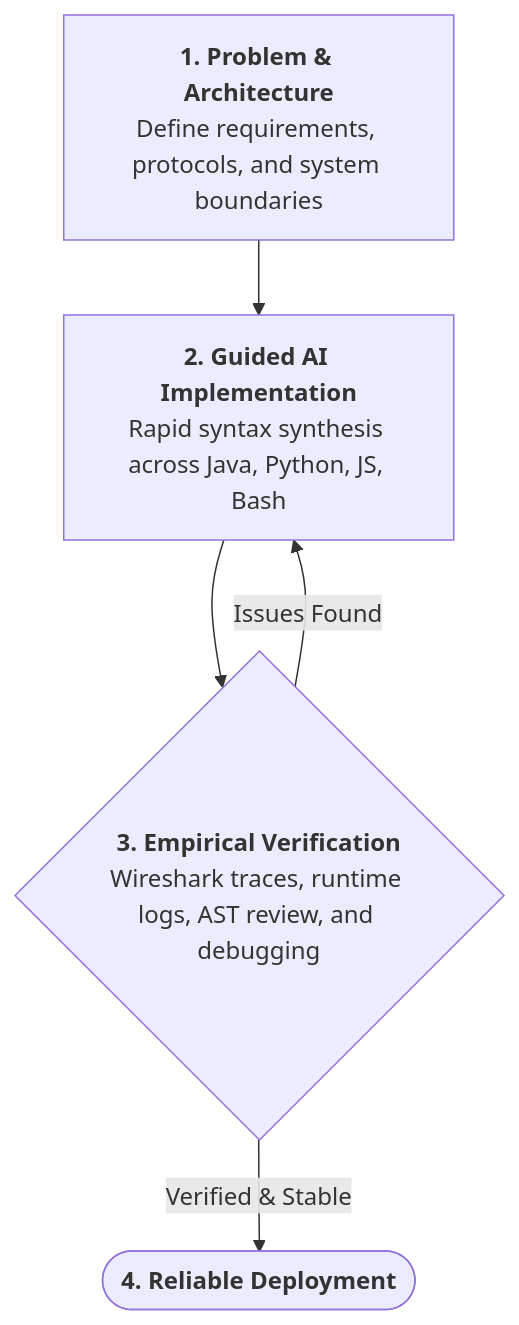
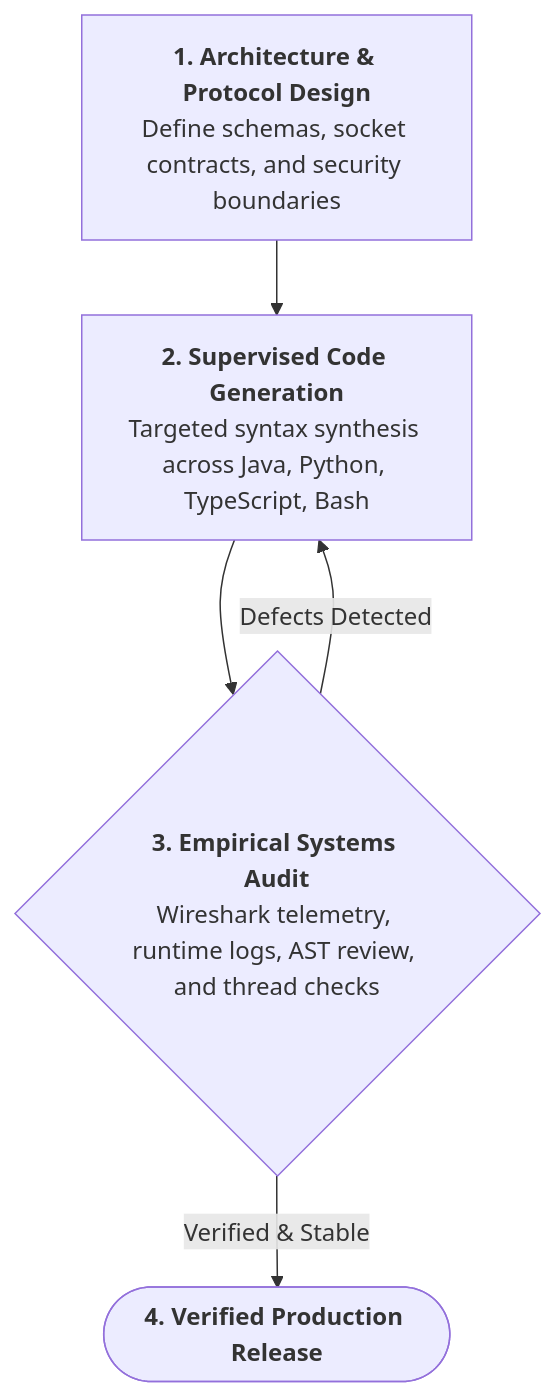
Before and after one commit to powsyjowlsy/powsyjowlsy: the diagram in README.md, drawn with Mermaid. The commit also changed other lines of this file, not shown here.

First line of the commit message:
Ground profile in actual systems engineering portfolio

````diff
--- a/README.md
+++ b/README.md
@@ -27,7 +27,7 @@
 ```mermaid
 flowchart TD
-    A["<b>1. Problem & Architecture</b><br/>Define requirements, protocols, and system boundaries"] --> B["<b>2. Guided AI Implementation</b><br/>Rapid syntax synthesis across Java, Python, JS, Bash"]
-    B --> C{"<b>3. Empirical Verification</b><br/>Wireshark traces, runtime logs, AST review, and debugging"}
-    C -- "Issues Found" --> B
-    C -- "Verified & Stable" --> D(["<b>4. Reliable Deployment</b>"])
+    A["<b>1. Architecture & Protocol Design</b><br/>Define schemas, socket contracts, and security boundaries"] --> B["<b>2. Supervised Code Generation</b><br/>Targeted syntax synthesis across Java, Python, TypeScript, Bash"]
+    B --> C{"<b>3. Empirical Systems Audit</b><br/>Wireshark telemetry, runtime logs, AST review, and thread checks"}
+    C -- "Defects Detected" --> B
+    C -- "Verified & Stable" --> D(["<b>4. Verified Production Release</b>"])
 ```
````
